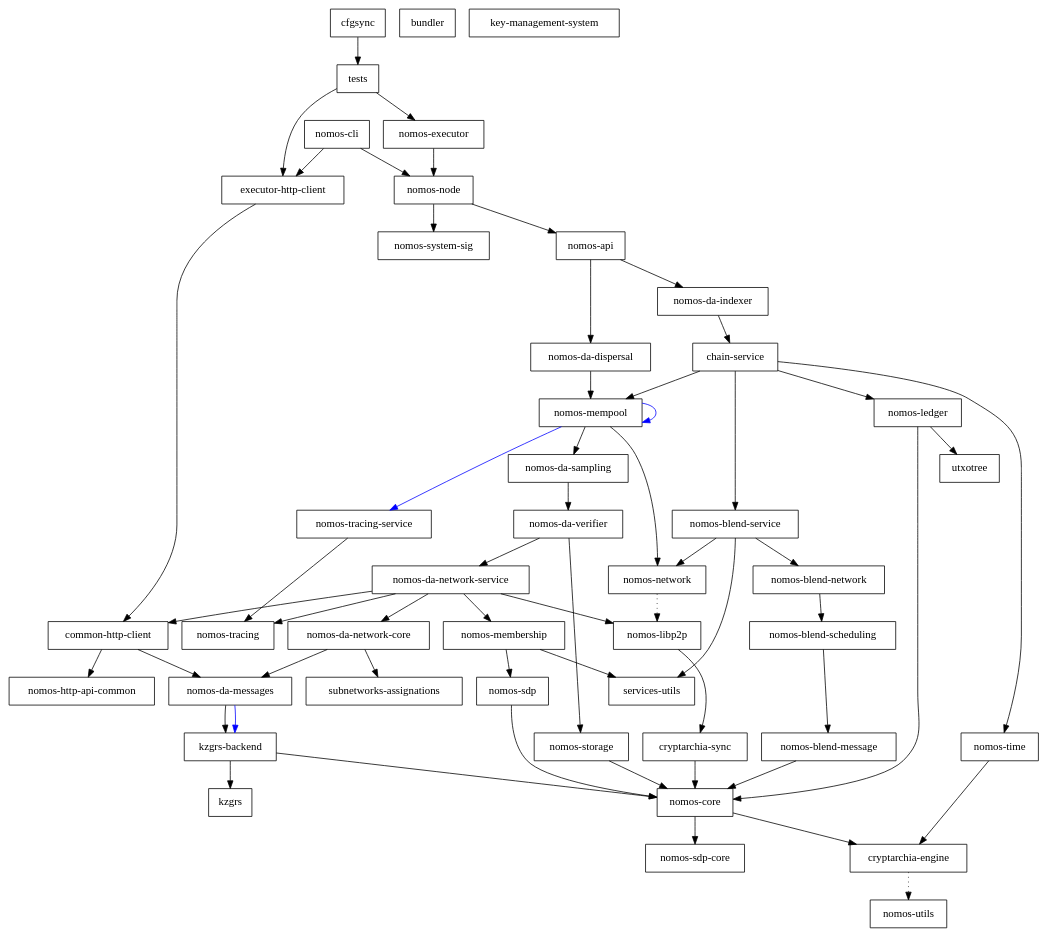
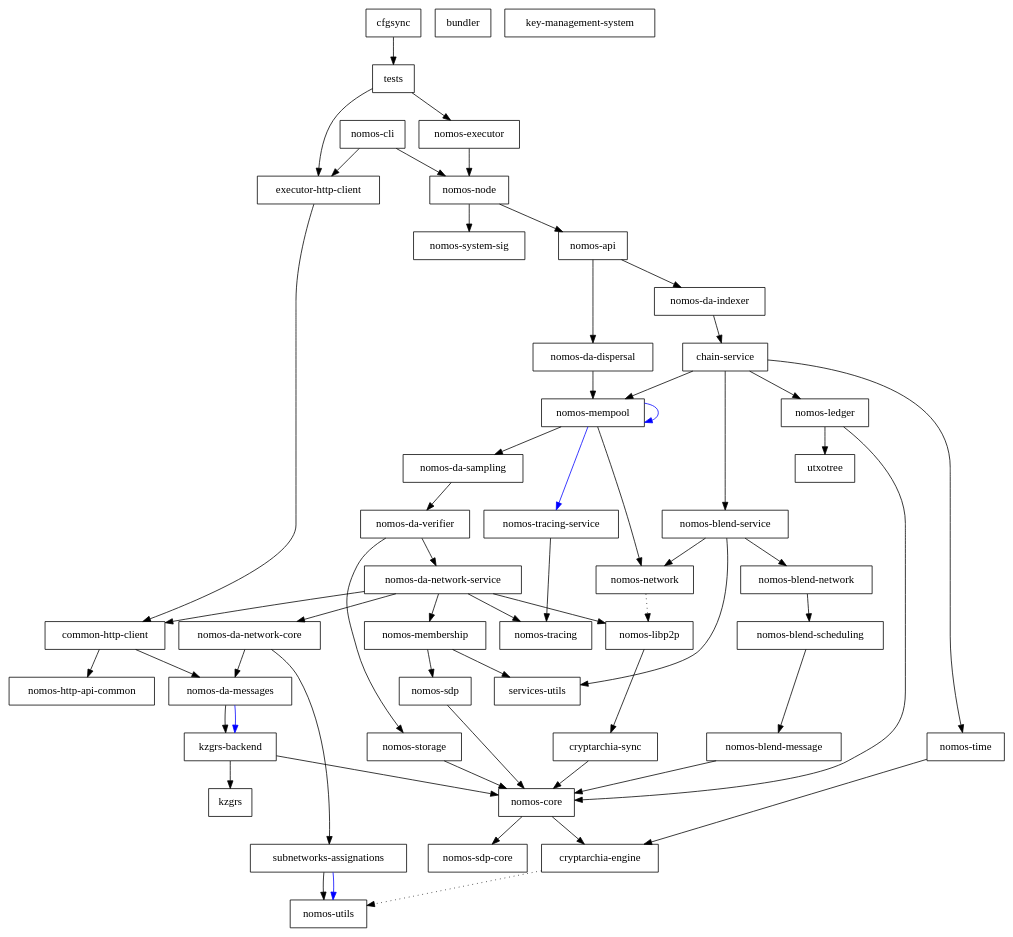
The diagram in dependencies_graph.dot (Astro521/logos-blockchain), drawn with Graphviz before and after one commit. The commit also changed 12 other files, not shown here.

```diff
--- a/dependencies_graph.dot
+++ b/dependencies_graph.dot
@@ -1,103 +1,105 @@
 digraph {
     0 [ label = "cryptarchia-engine" shape = box]
     1 [ label = "nomos-utils" shape = box]
     2 [ label = "cryptarchia-sync" shape = box]
     3 [ label = "nomos-core" shape = box]
     4 [ label = "nomos-sdp-core" shape = box]
     5 [ label = "nomos-ledger" shape = box]
     6 [ label = "utxotree" shape = box]
     7 [ label = "nomos-http-api-common" shape = box]
     8 [ label = "nomos-executor" shape = box]
     9 [ label = "kzgrs-backend" shape = box]
     10 [ label = "kzgrs" shape = box]
     11 [ label = "nomos-api" shape = box]
     12 [ label = "chain-service" shape = box]
     13 [ label = "nomos-blend-service" shape = box]
     14 [ label = "nomos-blend-message" shape = box]
     15 [ label = "nomos-blend-network" shape = box]
     16 [ label = "nomos-blend-scheduling" shape = box]
     17 [ label = "nomos-libp2p" shape = box]
     18 [ label = "nomos-network" shape = box]
     19 [ label = "services-utils" shape = box]
     20 [ label = "nomos-da-sampling" shape = box]
     21 [ label = "nomos-da-network-core" shape = box]
     22 [ label = "nomos-da-messages" shape = box]
     23 [ label = "subnetworks-assignations" shape = box]
     24 [ label = "nomos-da-network-service" shape = box]
     25 [ label = "common-http-client" shape = box]
     26 [ label = "nomos-membership" shape = box]
     27 [ label = "nomos-sdp" shape = box]
     28 [ label = "nomos-tracing" shape = box]
     29 [ label = "nomos-da-verifier" shape = box]
     30 [ label = "nomos-storage" shape = box]
     31 [ label = "nomos-mempool" shape = box]
     32 [ label = "nomos-tracing-service" shape = box]
     33 [ label = "nomos-time" shape = box]
     34 [ label = "nomos-da-dispersal" shape = box]
     35 [ label = "nomos-da-indexer" shape = box]
     36 [ label = "nomos-node" shape = box]
     37 [ label = "nomos-system-sig" shape = box]
     38 [ label = "executor-http-client" shape = box]
     39 [ label = "bundler" shape = box]
     40 [ label = "nomos-cli" shape = box]
     41 [ label = "key-management-system" shape = box]
     42 [ label = "cfgsync" shape = box]
     43 [ label = "tests" shape = box]
     0 -> 1 [ style = dotted]
     2 -> 3 [ ]
     3 -> 0 [ ]
     3 -> 4 [ ]
     5 -> 3 [ ]
     5 -> 6 [ ]
     8 -> 36 [ ]
     9 -> 10 [ ]
     9 -> 3 [ ]
     11 -> 34 [ ]
     11 -> 35 [ ]
     12 -> 13 [ ]
     12 -> 5 [ ]
     12 -> 31 [ ]
     12 -> 33 [ ]
     13 -> 15 [ ]
     13 -> 18 [ ]
     13 -> 19 [ ]
     14 -> 3 [ ]
     15 -> 16 [ ]
     16 -> 14 [ ]
     17 -> 2 [ ]
     18 -> 17 [ style = dotted]
     20 -> 29 [ ]
     21 -> 22 [ ]
     21 -> 23 [ ]
     22 -> 9 [ ]
     22 -> 9 [ color = blue]
+    23 -> 1 [ ]
+    23 -> 1 [ color = blue]
     24 -> 25 [ ]
     24 -> 21 [ ]
     24 -> 17 [ ]
     24 -> 26 [ ]
     24 -> 28 [ ]
     25 -> 22 [ ]
     25 -> 7 [ ]
     26 -> 27 [ ]
     26 -> 19 [ ]
     27 -> 3 [ ]
     29 -> 24 [ ]
     29 -> 30 [ ]
     30 -> 3 [ ]
     31 -> 20 [ ]
     31 -> 31 [ color = blue]
     31 -> 18 [ ]
     31 -> 32 [ color = blue]
     32 -> 28 [ ]
     33 -> 0 [ ]
     34 -> 31 [ ]
     35 -> 12 [ ]
     36 -> 11 [ ]
     36 -> 37 [ ]
     38 -> 25 [ ]
     40 -> 38 [ ]
     40 -> 36 [ ]
     42 -> 43 [ ]
     43 -> 38 [ ]
     43 -> 8 [ ]
 }
```
